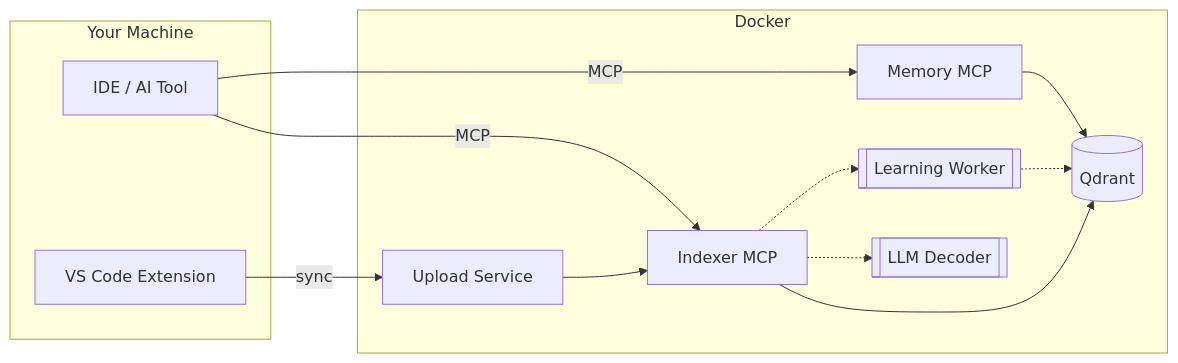
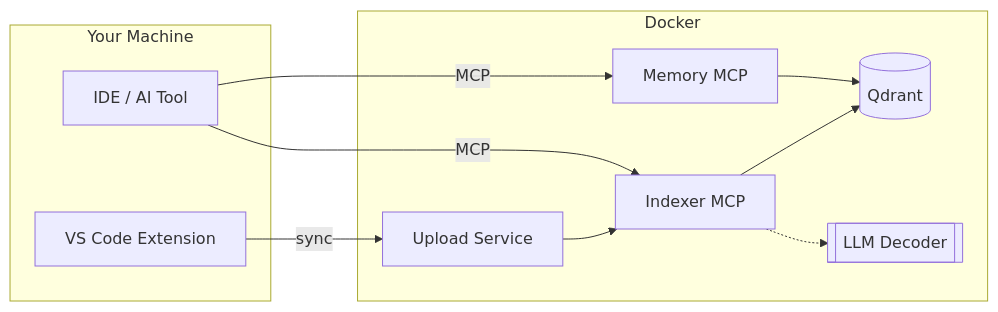
One commit to voarsh2/Context-Engine changed the diagram in README.md. Above: the diagram before and after it, drawn with Mermaid. The commit also changed other lines of this file and 41 other files, not shown here.

````diff
--- a/README.md
+++ b/README.md
@@ -180,24 +179,21 @@
 ```mermaid
 flowchart LR
   subgraph Your Machine
     A[IDE / AI Tool]
     V[VS Code Extension]
   end
   subgraph Docker
     U[Upload Service]
     I[Indexer MCP]
     M[Memory MCP]
     Q[(Qdrant)]
     L[[LLM Decoder]]
-    W[[Learning Worker]]
   end
   V -->|sync| U
   U --> I
   A -->|MCP| I
   A -->|MCP| M
   I --> Q
   M --> Q
   I -.-> L
-  I -.-> W
-  W -.-> Q
 ```
````
